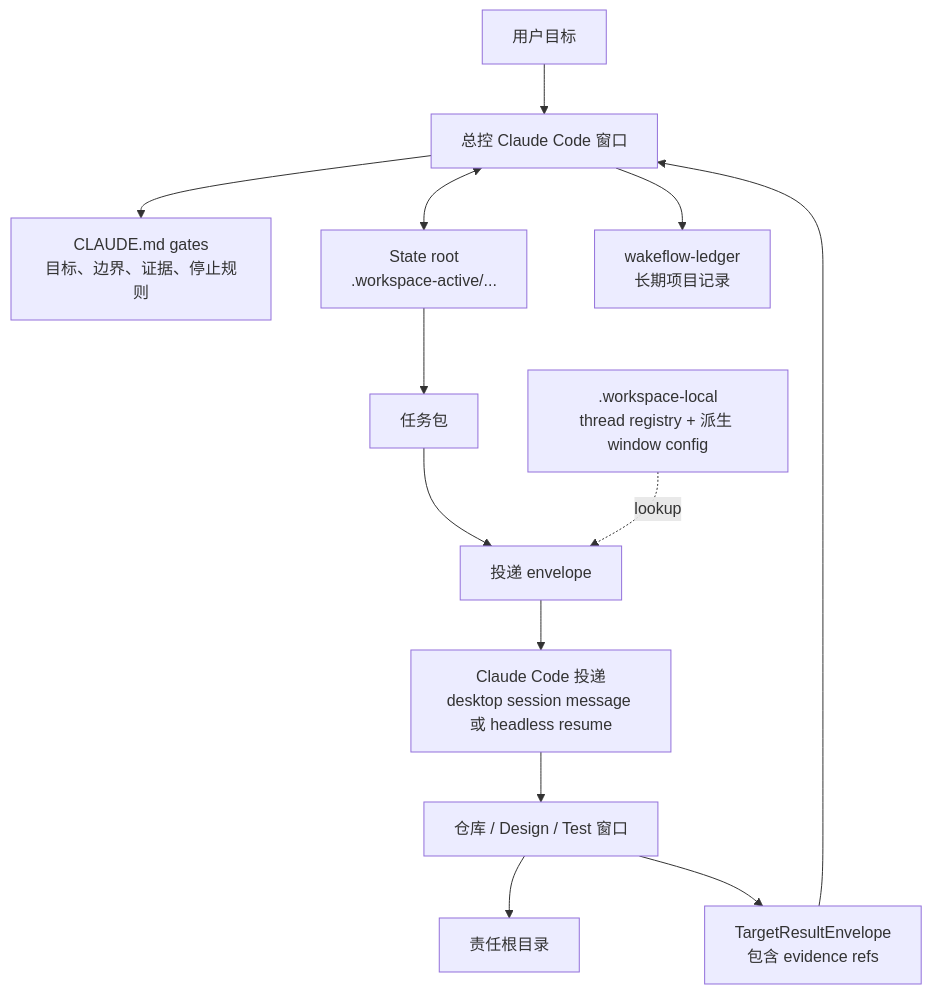
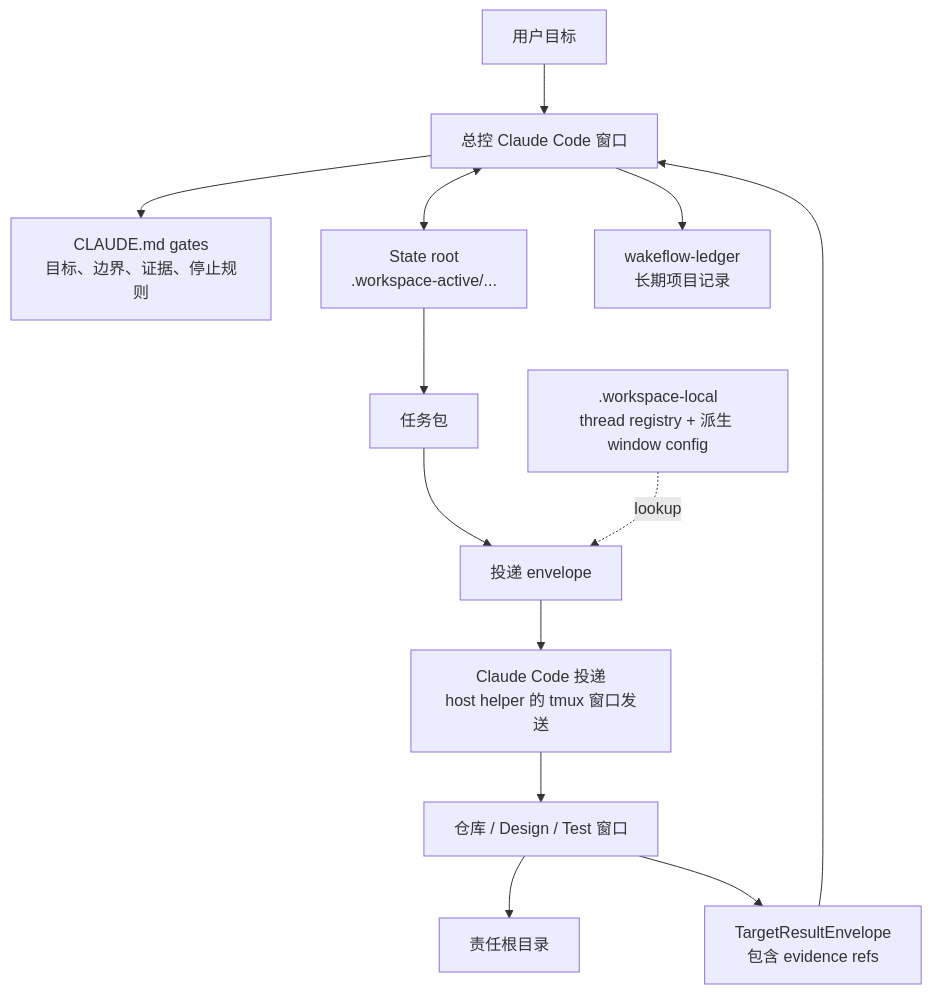
One commit to GxFn/Wakeflow changed the diagram in plugins/claude-code-wakeflow/README.zh-CN.md. Above: the diagram before and after it, drawn with Mermaid. The commit also changed other lines of this file and 50 other files, not shown here.

Commit message:
feat: add claude tmux wakeflow transport

````diff
--- a/plugins/claude-code-wakeflow/README.zh-CN.md
+++ b/plugins/claude-code-wakeflow/README.zh-CN.md
@@ -51,15 +52,15 @@
 ```mermaid
 flowchart TD
   User["用户目标"] --> Controller["总控 Claude Code 窗口"]
   Controller --> Gates["CLAUDE.md gates<br/>目标、边界、证据、停止规则"]
   Controller <--> StateRoot["State root<br/>.workspace-active/..."]
   StateRoot --> Tasks["任务包"]
   Tasks --> Delivery["投递 envelope"]
   LocalRuntime[".workspace-local<br/>thread registry + 派生 window config"] -. "lookup" .-> Delivery
-  Delivery --> Host["Claude Code 投递<br/>desktop session message 或 headless resume"]
+  Delivery --> Host["Claude Code 投递<br/>host helper 的 tmux 窗口发送"]
   Host --> Targets["仓库 / Design / Test 窗口"]
   Targets --> Repos["责任根目录"]
   Targets --> Results["TargetResultEnvelope<br/>包含 evidence refs"]
   Results --> Controller
   Controller --> Ledger["wakeflow-ledger<br/>长期项目记录"]
 ```
````
